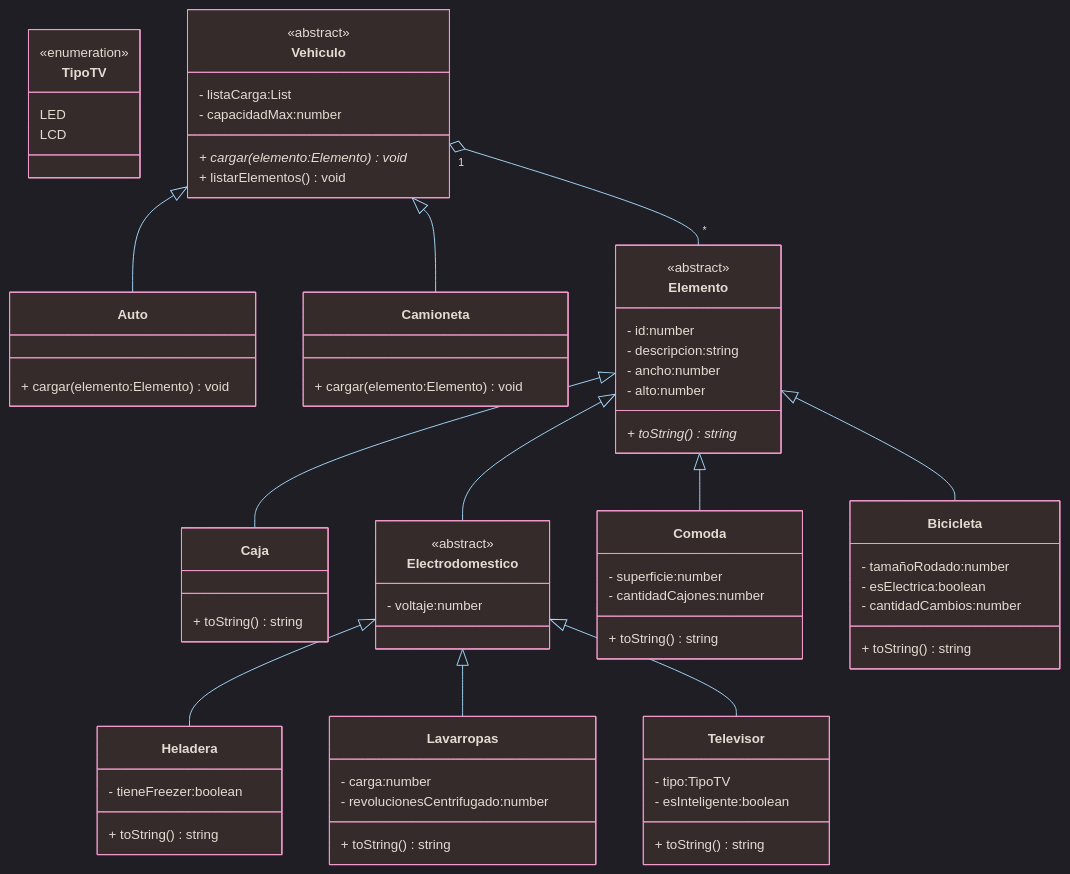
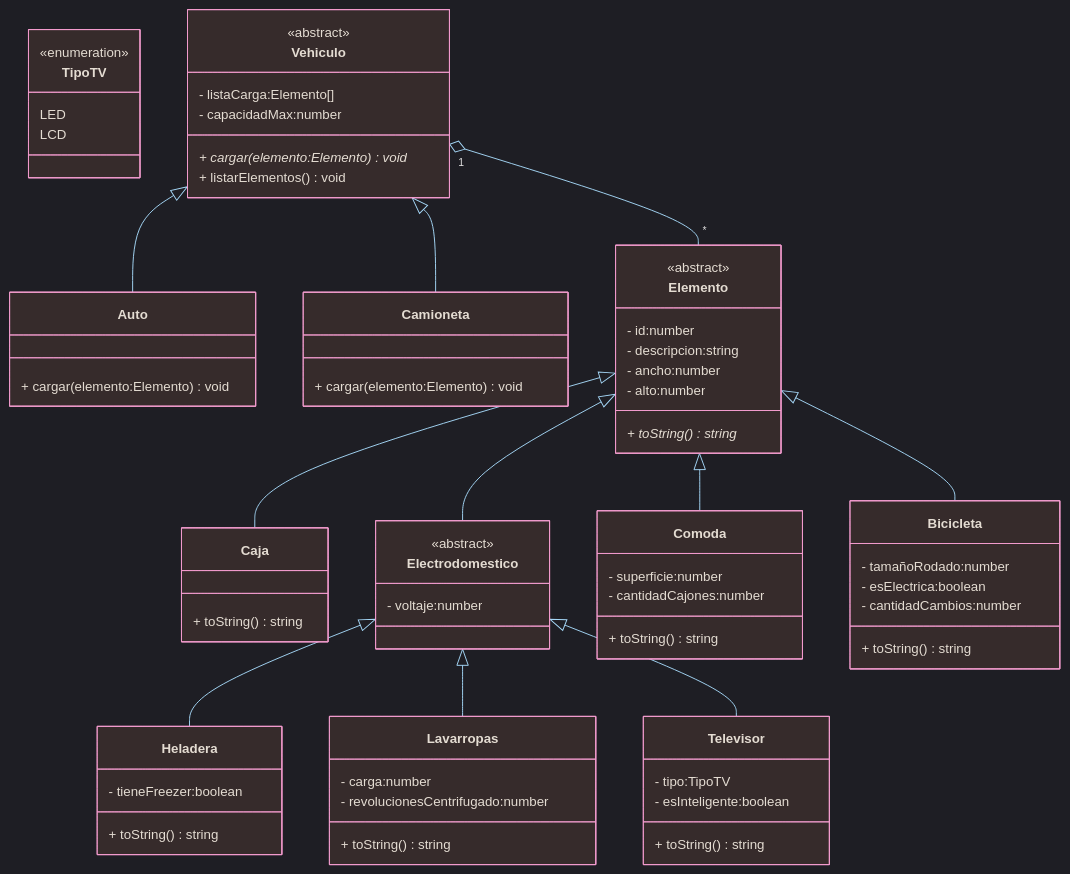
The diagram in bootsrap/src/Ejercicios POO/16_logistica/16_logistica.mmd (Elianayc/Typescript), drawn with Mermaid before and after one commit. The commit also changed 4 other files, not shown here.

```diff
--- a/bootsrap/src/Ejercicios POO/16_logistica/16_logistica.mmd
+++ b/bootsrap/src/Ejercicios POO/16_logistica/16_logistica.mmd
@@ -1,100 +1,100 @@
 %%{init: { 
     'theme': 'dark', 
     'themeVariables': { 
                         'background': '#121212', 
                         'lineColor': '#a5d7f7', 
                         'fontFamily': 'Cascadia Code, Fira Code, Consolas, Courier New, monospace', 
                         'fontSize': '14px' 
         }, 
         'themeCSS': 'path { stroke-width: 1.5px !important; }' 
     } }%%
 
 classDiagram
 
 class TipoTV {
     <<enumeration>>
     LED
     LCD
 }
 
 class Vehiculo {
     <<abstract>>
-    - listaCarga:List<Elemento>
+    - listaCarga:Elemento[]
     - capacidadMax:number
     + cargar(elemento:Elemento)void*
     + listarElementos()void
 }
 
 class Auto {
     + cargar(elemento:Elemento)void
 }
 
 class Camioneta {
     + cargar(elemento:Elemento)void
 }
 
 class Elemento {
     <<abstract>>
     - id:number
     - descripcion:string
     - ancho:number
     - alto:number
     + toString()string*
 }
 
 class Caja {
     + toString()string
 }
 
 class Electrodomestico {
     <<abstract>>
     - voltaje:number
 }
 
 class Comoda {
     - superficie:number
     - cantidadCajones:number
     + toString()string
 }
 
 class Heladera {
     - tieneFreezer:boolean
     + toString()string
 }
 
 class Lavarropas {
     - carga:number
     - revolucionesCentrifugado:number
     + toString()string
 }
 
 class Televisor {
     - tipo:TipoTV
     - esInteligente:boolean
     + toString()string
 }
 
 class Bicicleta {
     - tamañoRodado:number
     - esElectrica:boolean
     - cantidadCambios:number
     + toString()string
 }
 
 Vehiculo <|-- Auto
 Vehiculo <|-- Camioneta
 
 Elemento <|-- Comoda
 Elemento <|-- Bicicleta
 Elemento <|-- Caja
 Elemento <|-- Electrodomestico
 
 Electrodomestico <|-- Heladera
 Electrodomestico <|-- Lavarropas
 Electrodomestico <|-- Televisor
 
 %%Relación de Agregación
 Vehiculo "1" o-- "*" Elemento
 
 %%Colores de las clases
 classDef default fill:#362b2b,stroke:#f39bce,color:#e4dcd2
```
